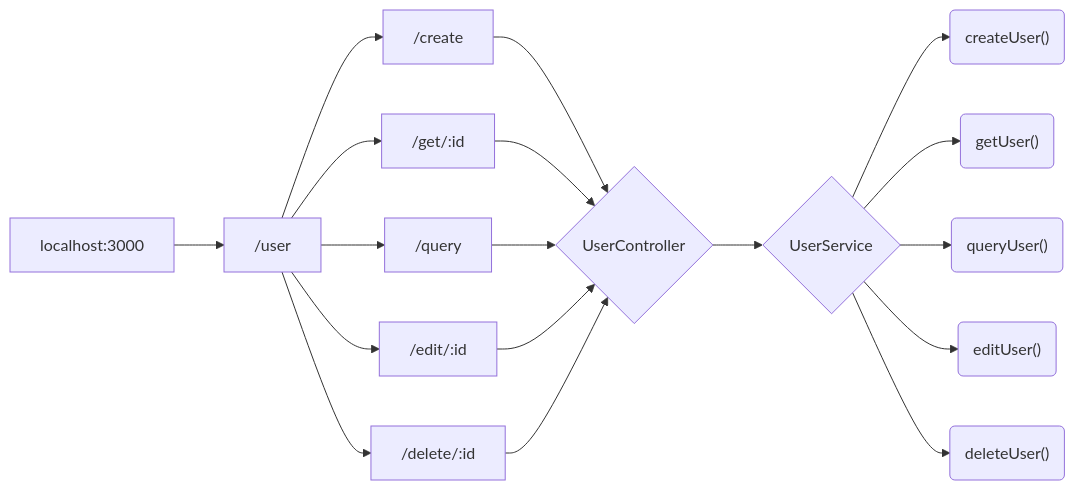
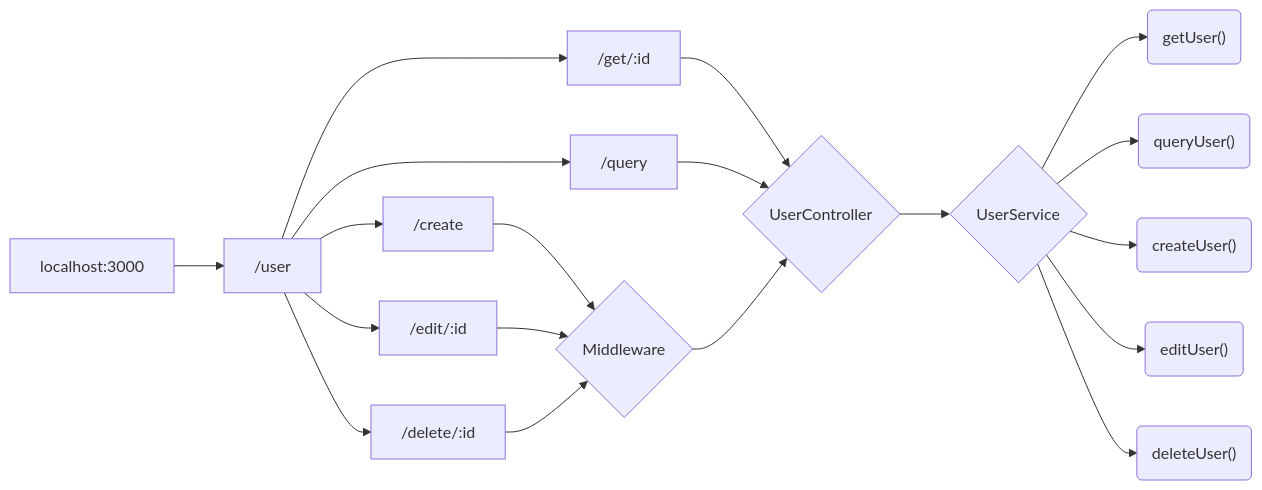
Before and after one commit to JTKiew/NTUCool-Interview-: the first of 3 diagrams in README.md, drawn with Mermaid. The commit also changed other lines of this file and 22 other files, not shown here.

````diff
--- a/README.md
+++ b/README.md
@@ -32,23 +34,25 @@
 ```mermaid
 graph LR
     A[localhost:3000] --> B(/user)
     B["/user"] --> E(/create) 
     B["/user"] --> F(/get/:id) 
     B["/user"] --> G(/query) 
     B["/user"] --> H(/edit/:id) 
     B["/user"] --> I(/delete/:id) 
 
-    E["/create"]        --> J{UserController}
     F["/get/:id"]       --> J{UserController}
     G["/query"]         --> J{UserController}
-    H["/edit/:id"]      --> J{UserController}
-    I["/delete/:id"]    --> J{UserController}
+    E["/create"]        --> Z{Middleware}
+    H["/edit/:id"]      --> Z{Middleware}
+    I["/delete/:id"]    --> Z{Middleware}
 
+    Z{Middleware} --> J{UserController}
     J{UserController} --> K{UserService}
 
-    K{UserService} --> L("createUser()")
     K{UserService} --> M("getUser()")
     K{UserService} --> N("queryUser()")
+    K{UserService} --> L("createUser()")
     K{UserService} --> O("editUser()")
     K{UserService} --> P("deleteUser()")
+
 ```
````
